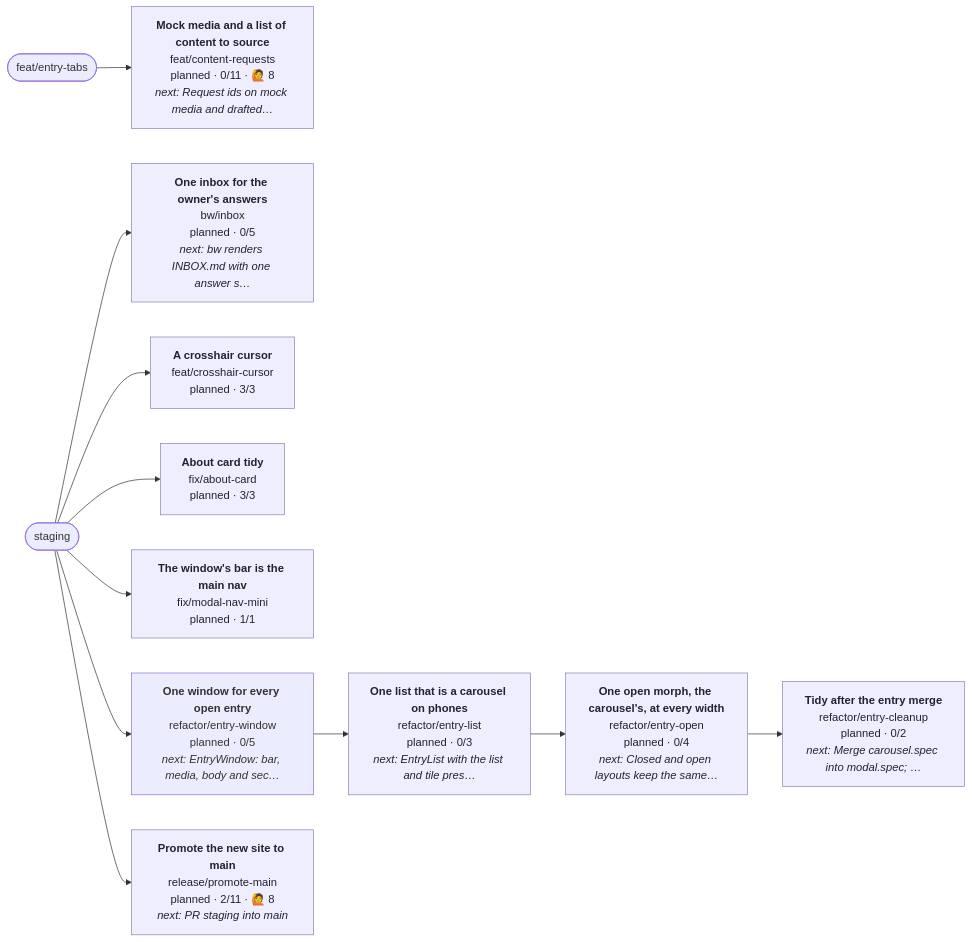
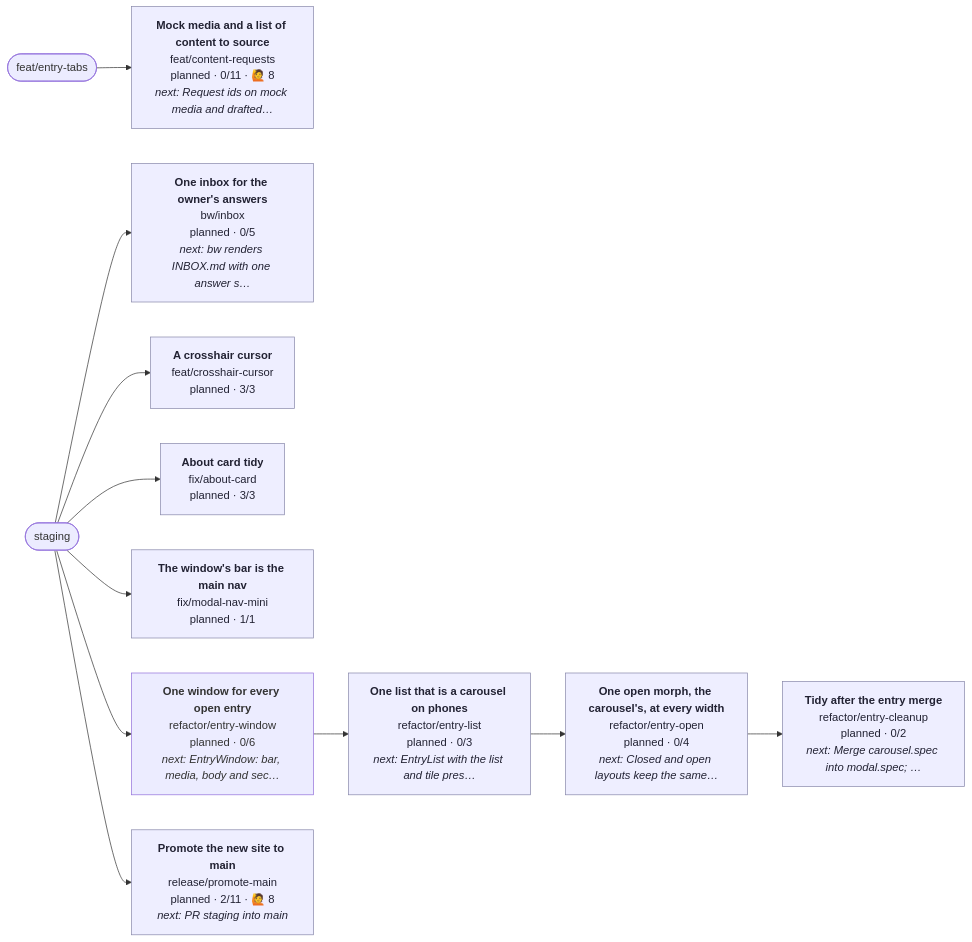
The diagram in CONTRIBUTING.md (henryjonescodes/portfolio), drawn with Mermaid before and after one commit. The commit also changed other lines of this file, not shown here.

````diff
--- a/CONTRIBUTING.md
+++ b/CONTRIBUTING.md
@@ -17,40 +17,40 @@
 ```mermaid
 flowchart LR
   n_staging([staging])
   n_feat_entry_tabs([feat/entry-tabs])
   n_bw_inbox["<b>One inbox for the owner's answers</b><br/>bw/inbox<br/>planned · 0/5<br/><i>next: bw renders INBOX.md with one answer s…</i>"]
   class n_bw_inbox planned
   n_staging --> n_bw_inbox
   n_feat_content_requests["<b>Mock media and a list of content to source</b><br/>feat/content-requests<br/>planned · 0/11 · 🙋 8<br/><i>next: Request ids on mock media and drafted…</i>"]
   class n_feat_content_requests planned
   n_feat_entry_tabs --> n_feat_content_requests
   n_feat_crosshair_cursor["<b>A crosshair cursor</b><br/>feat/crosshair-cursor<br/>planned · 3/3"]
   class n_feat_crosshair_cursor planned
   n_staging --> n_feat_crosshair_cursor
   n_fix_about_card["<b>About card tidy</b><br/>fix/about-card<br/>planned · 3/3"]
   class n_fix_about_card planned
   n_staging --> n_fix_about_card
   n_fix_modal_nav_mini["<b>The window's bar is the main nav</b><br/>fix/modal-nav-mini<br/>planned · 1/1"]
   class n_fix_modal_nav_mini planned
   n_staging --> n_fix_modal_nav_mini
   n_refactor_entry_cleanup["<b>Tidy after the entry merge</b><br/>refactor/entry-cleanup<br/>planned · 0/2<br/><i>next: Merge carousel.spec into modal.spec; …</i>"]
   class n_refactor_entry_cleanup planned
   n_refactor_entry_open --> n_refactor_entry_cleanup
   n_refactor_entry_list["<b>One list that is a carousel on phones</b><br/>refactor/entry-list<br/>planned · 0/3<br/><i>next: EntryList with the list and tile pres…</i>"]
   class n_refactor_entry_list planned
   n_refactor_entry_window --> n_refactor_entry_list
   n_refactor_entry_open["<b>One open morph, the carousel's, at every width</b><br/>refactor/entry-open<br/>planned · 0/4<br/><i>next: Closed and open layouts keep the same…</i>"]
   class n_refactor_entry_open planned
   n_refactor_entry_list --> n_refactor_entry_open
-  n_refactor_entry_window["<b>One window for every open entry</b><br/>refactor/entry-window<br/>planned · 0/5<br/><i>next: EntryWindow: bar, media, body and sec…</i>"]
+  n_refactor_entry_window["<b>One window for every open entry</b><br/>refactor/entry-window<br/>planned · 0/6<br/><i>next: EntryWindow: bar, media, body and sec…</i>"]
   class n_refactor_entry_window planned,current
   n_staging --> n_refactor_entry_window
   n_release_promote_main["<b>Promote the new site to main</b><br/>release/promote-main<br/>planned · 2/11 · 🙋 8<br/><i>next: PR staging into main</i>"]
   class n_release_promote_main planned
   n_staging --> n_release_promote_main
   classDef planned fill:#eef,stroke:#88a,color:#223
   classDef active fill:#dfd,stroke:#3a3,stroke-width:3px,color:#132
   classDef blocked fill:#fdd,stroke:#c33,color:#311
   classDef review fill:#ffd,stroke:#cc3,color:#331
   classDef current stroke:#06c,stroke-width:4px
 ```
````
